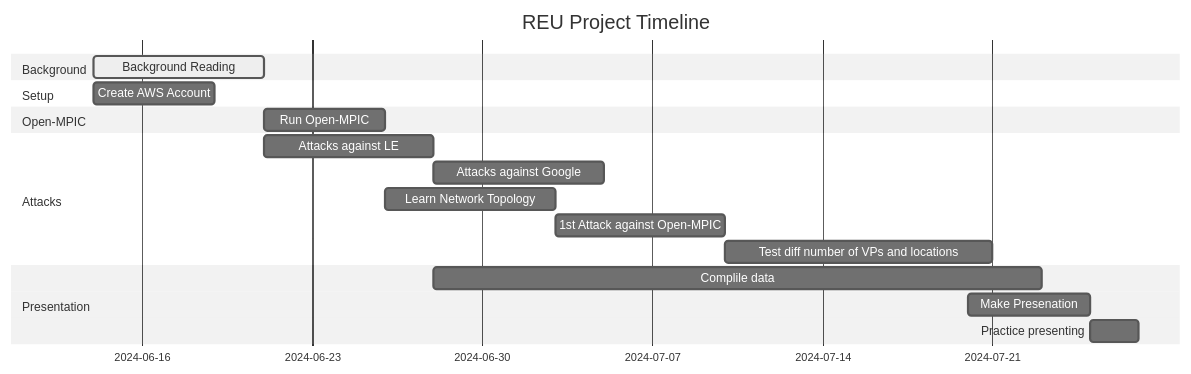
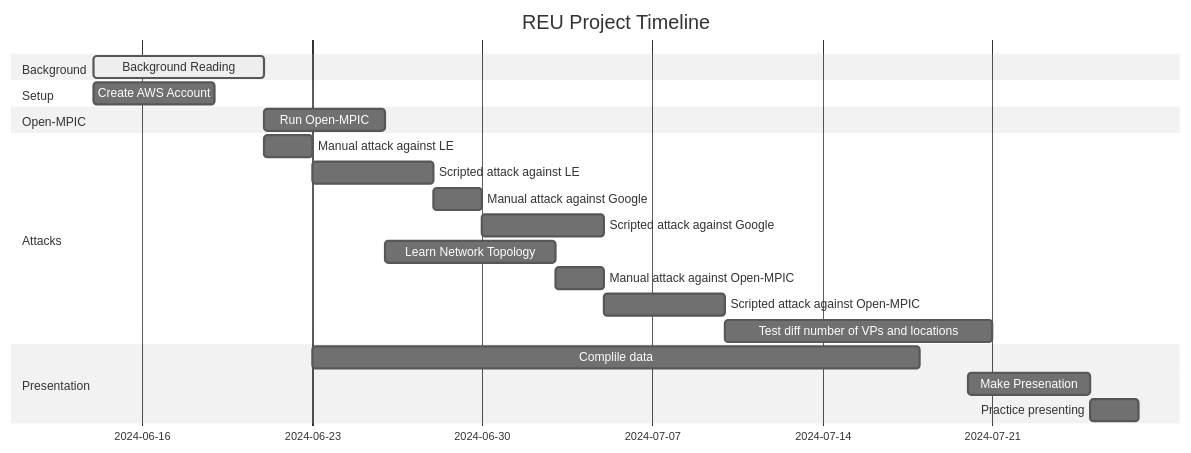
The diagram in README.md (christine-guoo/Princeton-Intel-REU-), drawn with Mermaid (neutral theme) before and after one commit.

````diff
--- a/README.md
+++ b/README.md
@@ -2,21 +2,24 @@
 ```mermaid
 gantt
 dateFormat  YYYY-MM-DD
 title REU Project Timeline
 section Background
     Background Reading: active, rev1, 2024-06-14, 1w
 section Setup
     Create AWS Account: aws-setup, 2024-06-14, 5d
 section Open-MPIC
     Run Open-MPIC: open-mpic, 2024-06-21, 5d
 section Attacks
-    Attacks against LE: le-attacks, 2024-06-21, 1w
-    Attacks against Google: after le-attacks, 1w
+    Manual attack against LE: manual-le, 2024-06-21, 2d
+    Scripted attack against LE: scripted-le, after manual-le, 5d
+    Manual attack against Google: scripted-google, after scripted-le, 2d
+    Scripted attack against Google: after scripted-google, 5d
     Learn Network Topology: 2024-06-26, 1w
-    1st Attack against Open-MPIC: 2024-07-03, 1w
+    Manual attack against Open-MPIC: manual-mpic, 2024-07-03, 2d
+    Scripted attack against Open-MPIC: after manual-mpic, 5d
     Test diff number of VPs and locations: 2024-07-10, 1.5w
 section Presentation
     Complile data: data, after le-attacks, 3.5w
     Make Presenation: slides, 2024-07-20, 5d
     Practice presenting: after slides, 2d
 ```
````
